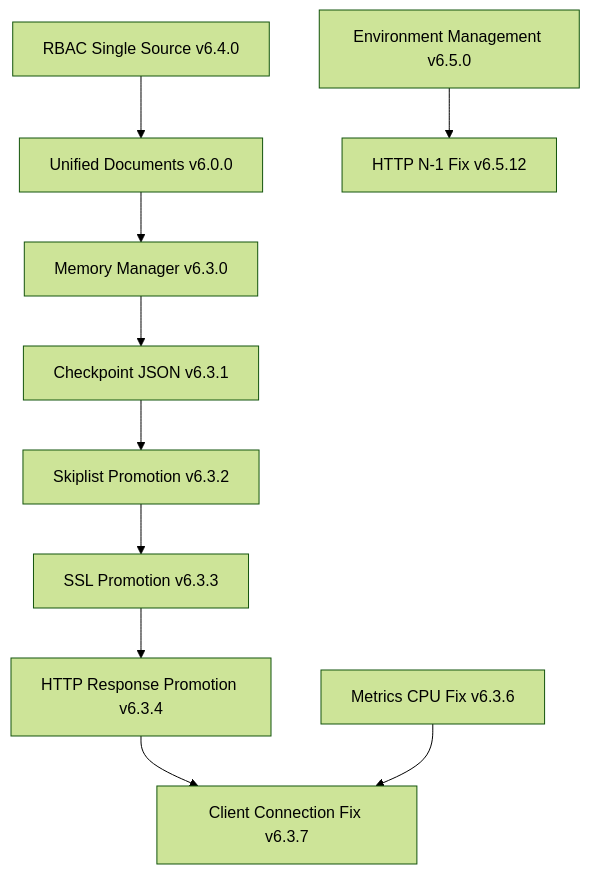
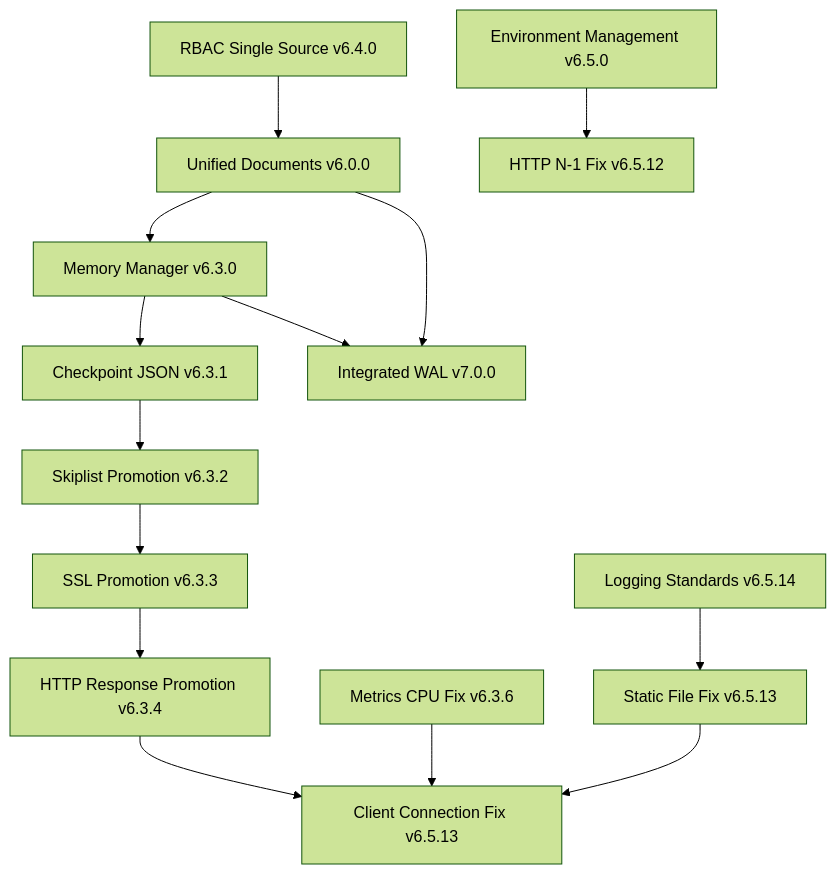
One commit to osakka/jdbx changed the diagram in docs/adr/ADR-TIMELINE.md. Above: the diagram before and after it, drawn with Mermaid (forest theme). The commit also changed other lines of this file and 10 other files, not shown here.

````diff
--- a/docs/adr/ADR-TIMELINE.md
+++ b/docs/adr/ADR-TIMELINE.md
@@ -319,13 +677,18 @@
 ```mermaid
 graph TD
     A[Unified Documents v6.0.0] --> B[Memory Manager v6.3.0]
     B --> C[Checkpoint JSON v6.3.1]
     C --> D[Skiplist Promotion v6.3.2]
     D --> E[SSL Promotion v6.3.3]
     E --> F[HTTP Response Promotion v6.3.4]
-    F --> G[Client Connection Fix v6.3.7]
+    F --> G[Client Connection Fix v6.5.13]
     
     H[RBAC Single Source v6.4.0] --> A
     I[Environment Management v6.5.0] --> J[HTTP N-1 Fix v6.5.12]
     K[Metrics CPU Fix v6.3.6] --> G
+    L[Static File Fix v6.5.13] --> G
+    M[Logging Standards v6.5.14] --> L
+    
+    A --> N[Integrated WAL v7.0.0]
+    B --> N
 ```
````
